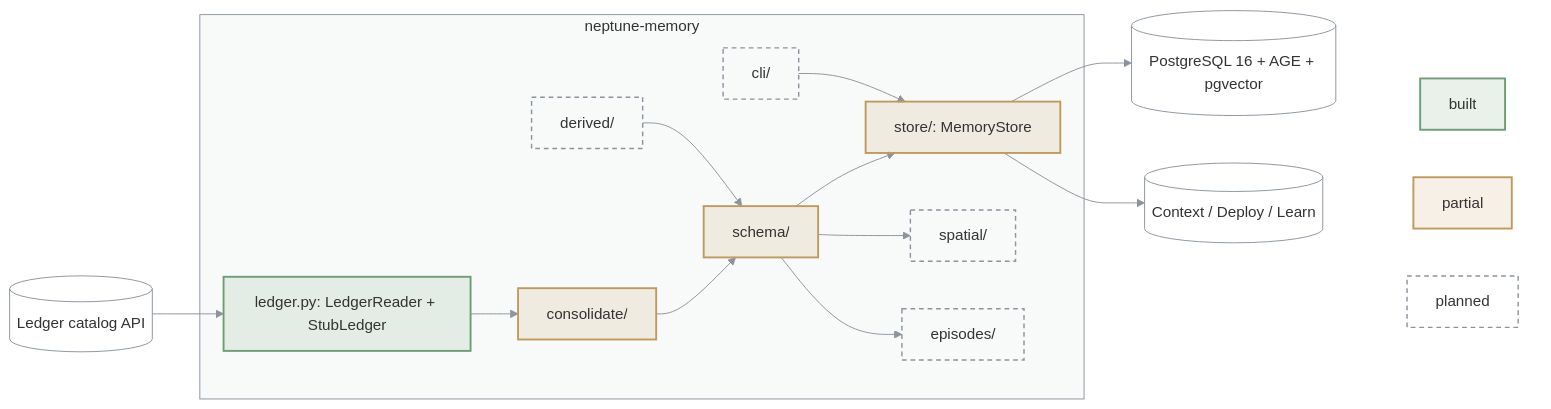
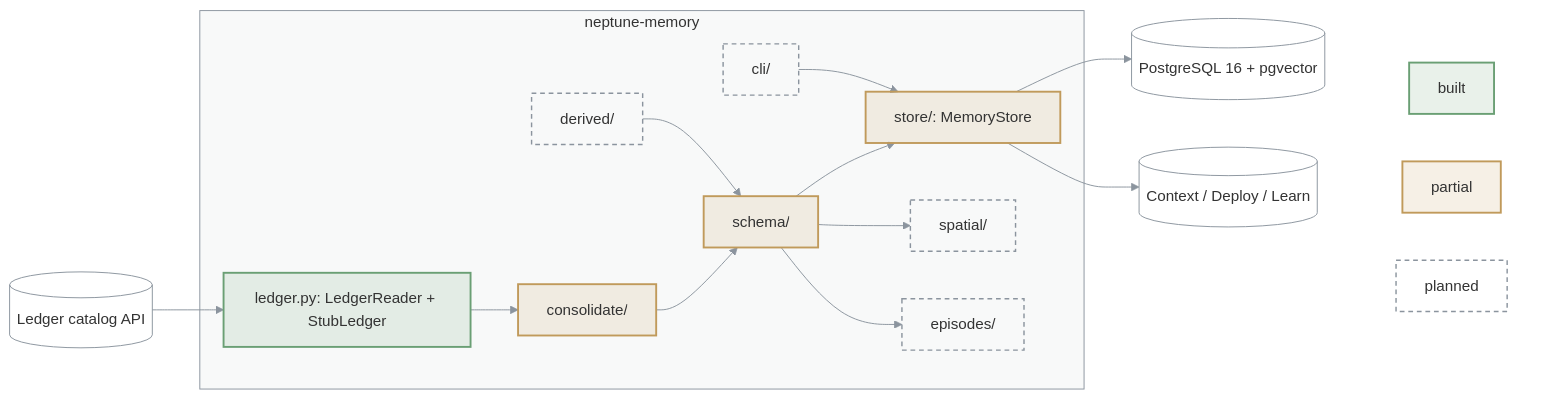
One commit to bennytay/neptune changed the diagram in packages/neptune-memory/ARCHITECTURE.md. Above: the diagram before and after it, drawn with Mermaid. The commit also changed 10 other files, not shown here.

````diff
--- a/packages/neptune-memory/ARCHITECTURE.md
+++ b/packages/neptune-memory/ARCHITECTURE.md
@@ -3,43 +3,43 @@
 ```mermaid
 flowchart LR
   LED[("Ledger catalog API")]
-  PG[("PostgreSQL 16 + AGE + pgvector")]
+  PG[("PostgreSQL 16 + pgvector")]
   subgraph M["neptune-memory"]
     SEAM["ledger.py: LedgerReader + StubLedger"]
     CON["consolidate/"]
     DER["derived/"]
     SCH["schema/"]
     STO["store/: MemoryStore"]
     SPA["spatial/"]
     EPI["episodes/"]
     CLI["cli/"]
   end
   OUT[("Context / Deploy / Learn")]
   LED --> SEAM --> CON --> SCH --> STO
   DER --> SCH
   SCH --> SPA & EPI
   STO --> OUT
   CLI --> STO
   STO --> PG
 
   subgraph KEY[" "]
     K1["built"]
     K2["partial"]
     K3["planned"]
   end
   OUT ~~~ K1 & K2 & K3
 
   classDef built fill:#6a9f7426,stroke:#6a9f74,stroke-width:2px
   classDef partial fill:#c09a5b26,stroke:#c09a5b,stroke-width:2px
   classDef todo fill:none,stroke:#8b949e,stroke-width:1.5px,stroke-dasharray:5 4
   classDef ext fill:none,stroke:#8b949e,stroke-width:1px
   class K1 built
   class K2 partial
   class DER,SPA,EPI,CLI,K3 todo
   class CON,SCH,STO partial
   class SEAM built
   class LED,OUT,PG ext
   style M fill:#8b949e0f,stroke:#8b949e
   style KEY fill:none,stroke:none
   linkStyle default stroke:#8b949e
 ```
````
